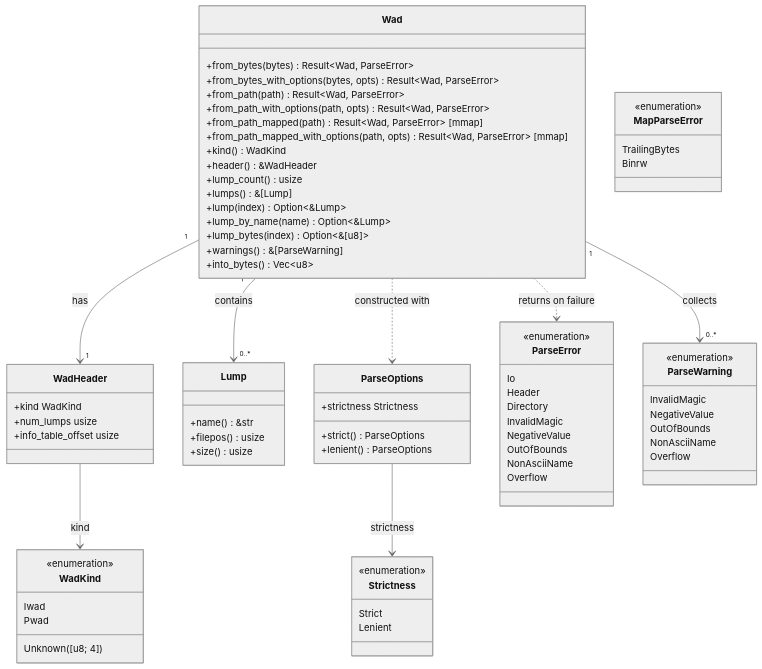
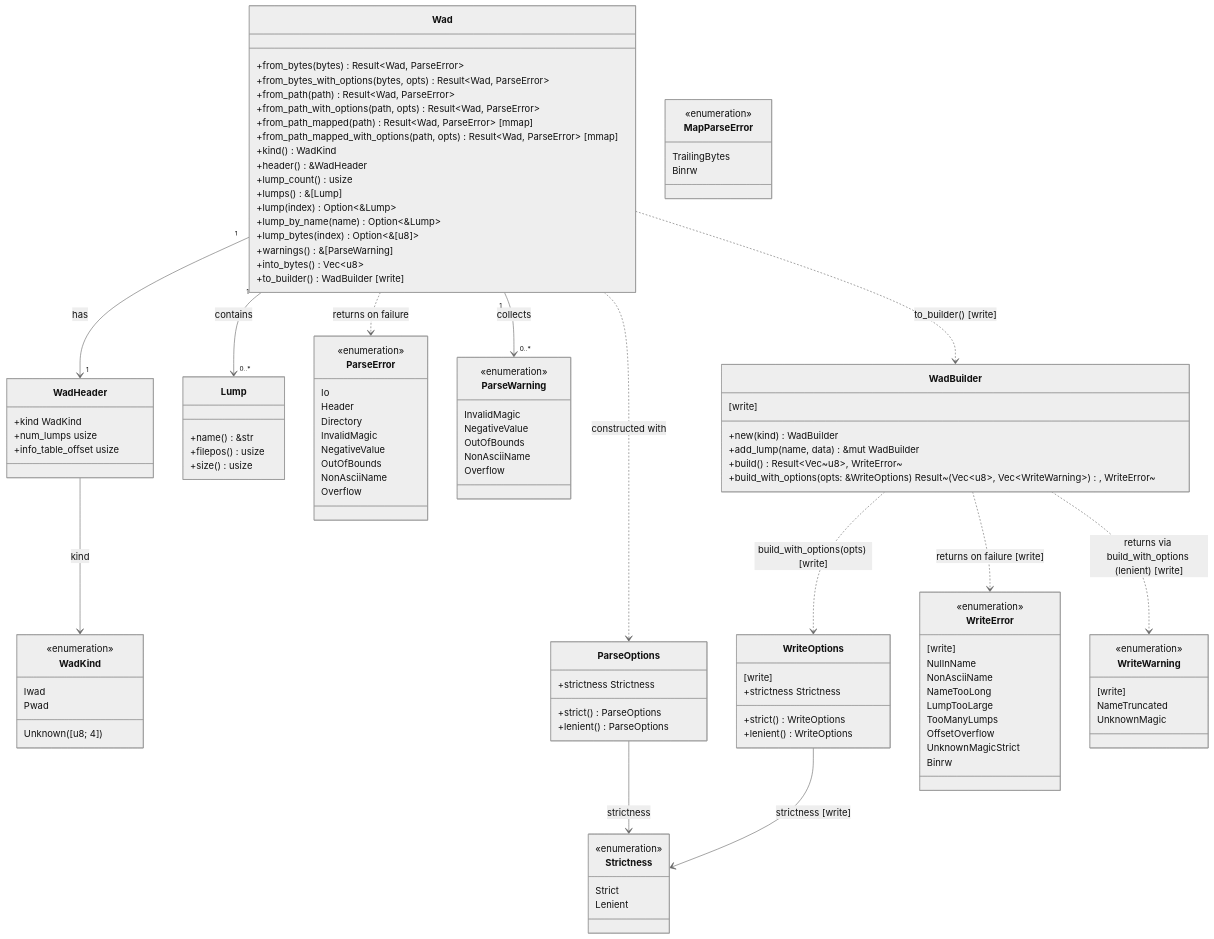
One commit to masriamir/crustywad changed the second of 2 diagrams in docs/diagrams/data-model.md. Above: the diagram before and after it, drawn with Mermaid (neutral theme). The commit also changed other lines of this file and 3 other files, not shown here.

Commit message:
docs(design): document write architecture (#145)

````diff
--- a/docs/diagrams/data-model.md
+++ b/docs/diagrams/data-model.md
@@ -48,6 +48,7 @@
         +lump_bytes(index) Option~&[u8]~
         +warnings() &[ParseWarning]
         +into_bytes() Vec~u8~
+        +to_builder() WadBuilder [write]
     }
     class WadHeader {
         +kind WadKind
@@ -99,6 +100,37 @@
         TrailingBytes
         Binrw
     }
+    class WadBuilder {
+        [write]
+        +new(kind) WadBuilder
+        +add_lump(name, data) &mut WadBuilder
+        +build() Result~Vec~u8~, WriteError~
+        +build_with_options(opts: &WriteOptions) Result~(Vec~u8~, Vec~WriteWarning~), WriteError~
+    }
+    class WriteOptions {
+        [write]
+        +strictness Strictness
+        +strict() WriteOptions
+        +lenient() WriteOptions
+    }
+    class WriteError {
+        <<enumeration>>
+        [write]
+        NulInName
+        NonAsciiName
+        NameTooLong
+        LumpTooLarge
+        TooManyLumps
+        OffsetOverflow
+        UnknownMagicStrict
+        Binrw
+    }
+    class WriteWarning {
+        <<enumeration>>
+        [write]
+        NameTruncated
+        UnknownMagic
+    }
 
     Wad "1" --> "1" WadHeader : has
     Wad "1" --> "0..*" Lump : contains
@@ -107,4 +139,9 @@
     ParseOptions --> Strictness : strictness
     Wad ..> ParseOptions : constructed with
     Wad ..> ParseError : returns on failure
+    Wad ..> WadBuilder : to_builder() [write]
+    WadBuilder ..> WriteOptions : build_with_options(opts) [write]
+    WadBuilder ..> WriteError : returns on failure [write]
+    WadBuilder ..> WriteWarning : returns via build_with_options (lenient) [write]
+    WriteOptions --> Strictness : strictness [write]
 ```
````
